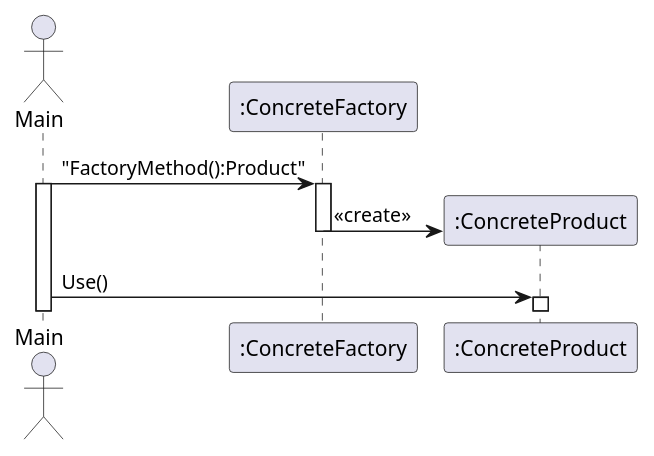
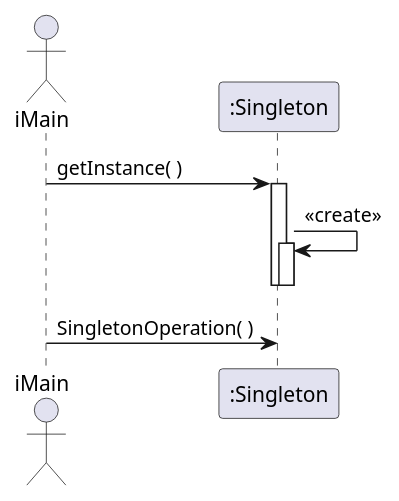
Before and after one commit to LviatYi/KnownBase: the diagram in test.plantUML, drawn with PlantUML. The commit also changed 10 other files, not shown here.

```diff
--- a/test.plantUML
+++ b/test.plantUML
@@ -1,11 +1,9 @@
-@startuml SimpleFactory_ClassDiagram
-actor Main
-participant ":ConcreteFactory" as ConcreteFactoryObj
-participant ":ConcreteProduct" as ConcreteProductObj
-Main -> ConcreteFactoryObj ++: "FactoryMethod():Product"
-activate Main 
-create ConcreteProductObj
-ConcreteFactoryObj->ConcreteProductObj--: <<create>>
-Main -> ConcreteProductObj++: Use()
-
+@startuml Singleton_SequenceDiagram
+actor iMain
+participant ":Singleton" as Singleton
+iMain -> Singleton ++: getInstance( )
+Singleton -> Singleton ++ : <<create>>
+Singleton --
+Singleton --
+iMain -> Singleton: SingletonOperation( )
 @enduml
```
